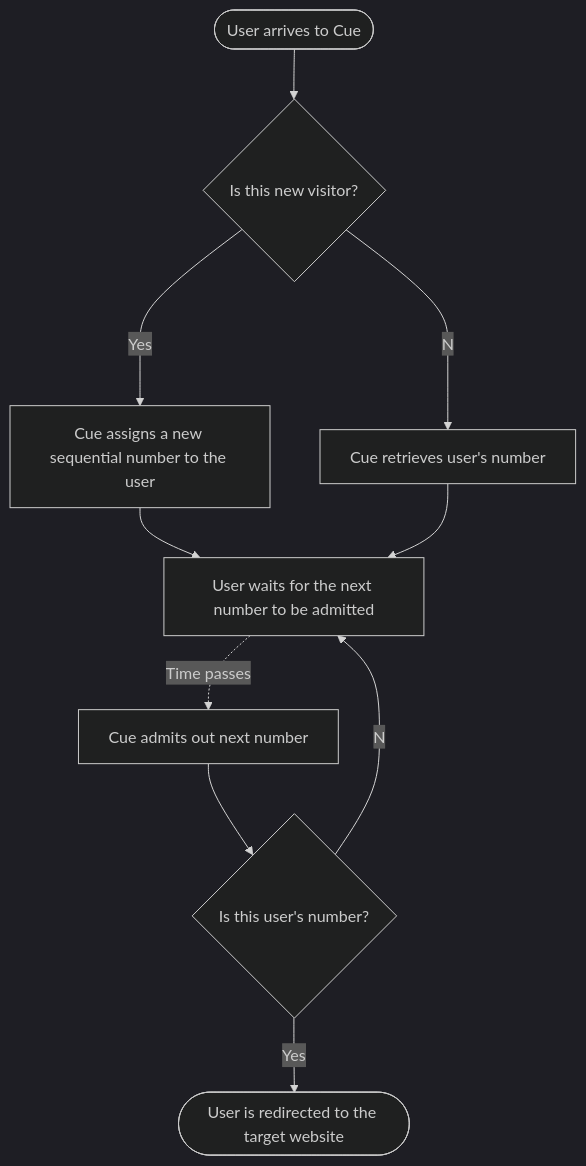
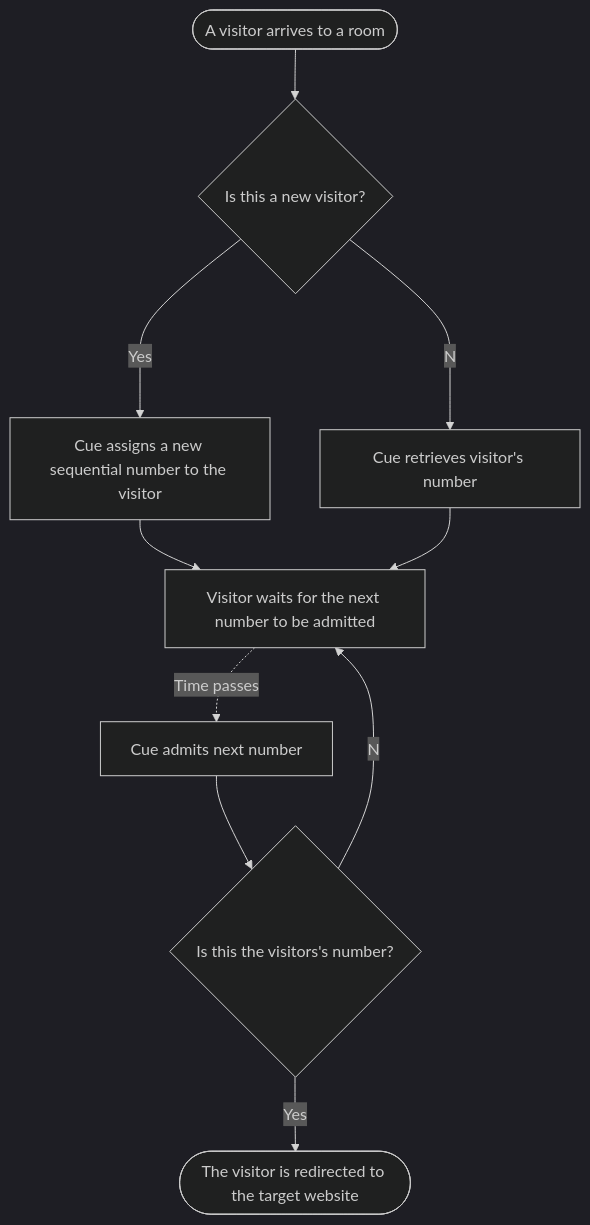
One commit to oinopion/cue changed the diagram in docs/ARCHITECTURE.md. Above: the diagram before and after it, drawn with Mermaid (dark theme). The commit also changed other lines of this file and 1 other file, not shown here.

Commit message:
Add terms and reword user flow in ARCHITECTURE.md

````diff
--- a/docs/ARCHITECTURE.md
+++ b/docs/ARCHITECTURE.md
@@ -12,12 +19,12 @@
 ```mermaid
 flowchart TD
-  Start([User arrives to Cue]) --> IsNew{Is this new visitor?}
-  IsNew --Yes--> Assign[Cue assigns a new sequential number to the user]
-  IsNew --No--> Retrieve[Cue retrieves user's number]
-  Assign --> Wait[User waits for the next number to be admitted]
+  Start([A visitor arrives to a room]) --> IsNew{Is this a new visitor?}
+  IsNew --Yes--> Assign[Cue assigns a new sequential number to the visitor]
+  IsNew --No--> Retrieve[Cue retrieves visitor's number]
+  Assign --> Wait[Visitor waits for the next number to be admitted]
   Retrieve --> Wait
   Wait -. Time passes .-> Next
-  Next[Cue admits out next number] --> IsMatch{Is this user's number?}
+  Next[Cue admits next number] --> IsMatch{Is this the visitors's number?}
   IsMatch --No--> Wait
-  IsMatch --Yes--> Redirect([User is redirected to the target website])
+  IsMatch --Yes--> Redirect([The visitor is redirected to the target website])
 ```
````
